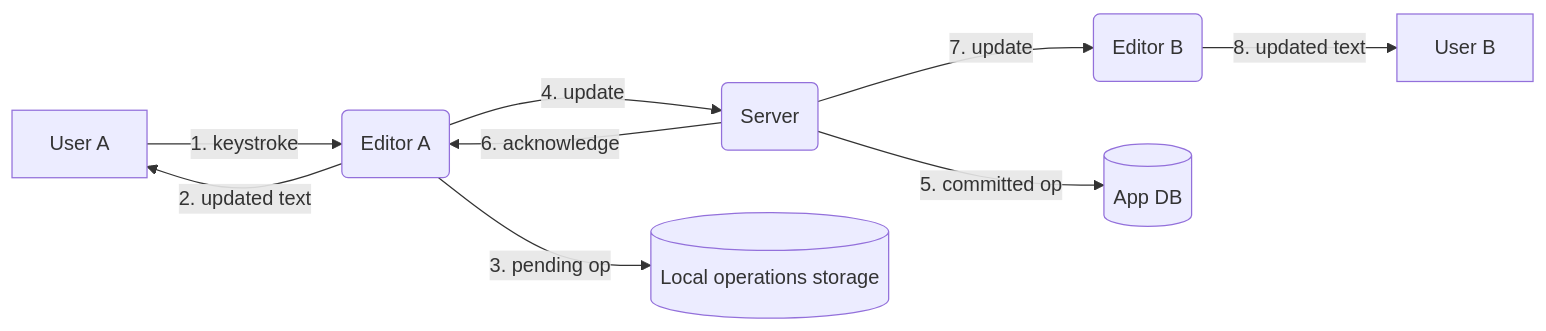
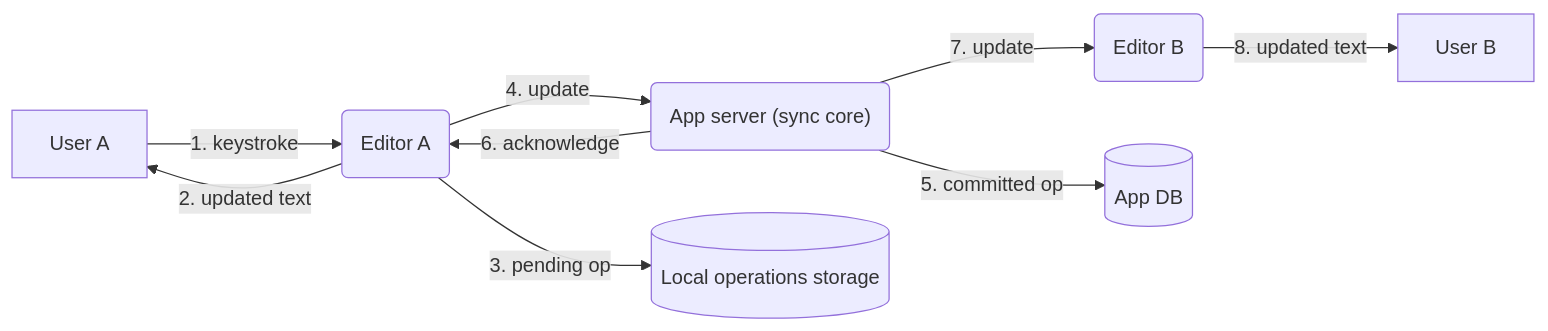
One commit to spburtsev/advanced-project changed the diagram in docs/edit-dataflow.md. Above: the diagram before and after it, drawn with Mermaid. The commit also changed 50 other files, not shown here.

Commit message:
feat: simplify repo structure, use a common runtime plug-in for sync-service and db

````diff
--- a/docs/edit-dataflow.md
+++ b/docs/edit-dataflow.md
@@ -1,21 +1,21 @@
 ```mermaid
 flowchart LR
   UserA[User A]
   UserB[User B]
 
   EditorA("Editor A")
-  SyncService("Server")
+  SyncService("App server (sync core)")
   EditorB("Editor B")
 
   IndexedDB[("Local operations storage")]
   AppDB[("App DB")]
 
   UserA -->|1. keystroke| EditorA
   EditorA -->|2. updated text| UserA
   EditorA -->|3. pending op| IndexedDB 
   EditorA -->|4. update| SyncService
   SyncService -->|5. committed op| AppDB
   SyncService -->|6. acknowledge| EditorA
   SyncService -->|7. update| EditorB
   EditorB -->|8. updated text| UserB
 ```
````
